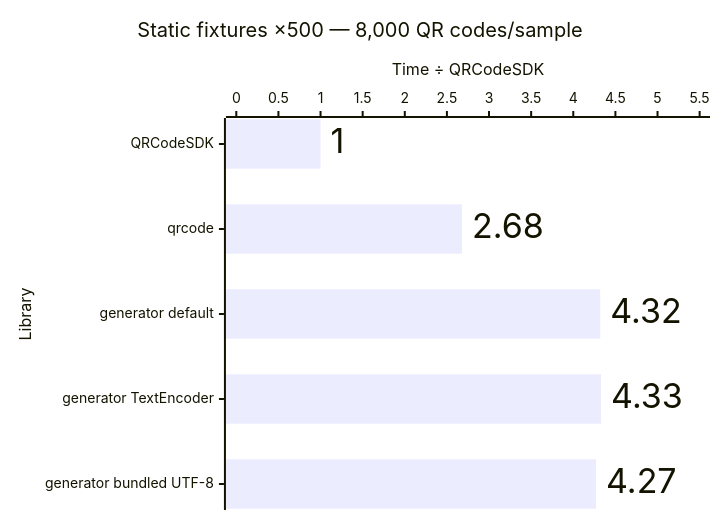
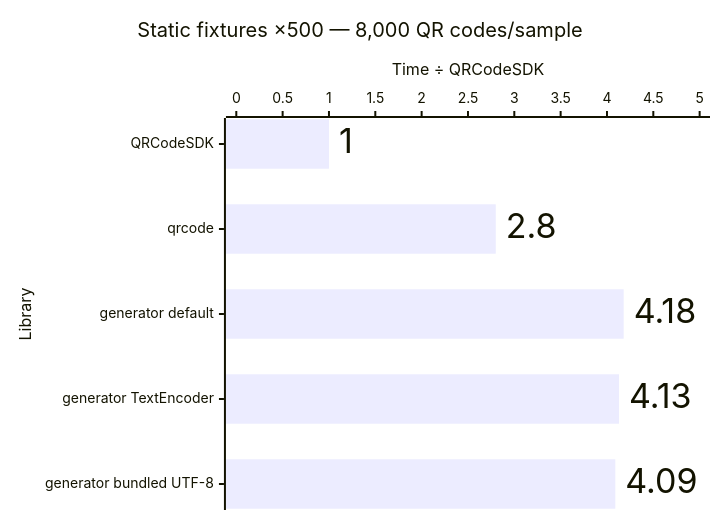
One commit to Dafnik/qrcodesdk changed the fifth of 12 diagrams in apps/docs/src/content/docs/advanced/performance.md. Above: the diagram before and after it, drawn with Mermaid. The commit also changed other lines of this file and 5 other files, not shown here.

````diff
--- a/apps/docs/src/content/docs/advanced/performance.md
+++ b/apps/docs/src/content/docs/advanced/performance.md
@@ -89,15 +89,15 @@
 ```mermaid
 ---
 config:
   xyChart:
     showDataLabel: true
     showDataLabelOutsideBar: true
 ---
 xychart horizontal
   accTitle: Matrix generation: Static fixtures ×500 — 8,000 QR codes/sample
-  accDescr: Relative median time compared with QRCodeSDK. QRCodeSDK 1.00 times, qrcode 2.68 times, generator default 4.32 times, generator TextEncoder 4.33 times, generator bundled UTF-8 4.27 times. Lower is better.
+  accDescr: Relative median time compared with QRCodeSDK. QRCodeSDK 1.00 times, qrcode 2.80 times, generator default 4.18 times, generator TextEncoder 4.13 times, generator bundled UTF-8 4.09 times. Lower is better.
   title "Static fixtures ×500 — 8,000 QR codes/sample"
   x-axis "Library" ["QRCodeSDK", "qrcode", "generator default", "generator TextEncoder", "generator bundled UTF-8"]
-  y-axis "Time ÷ QRCodeSDK" 0 --> 5.5
-  bar [1.00, 2.68, 4.32, 4.33, 4.27]
+  y-axis "Time ÷ QRCodeSDK" 0 --> 5.0
+  bar [1.00, 2.80, 4.18, 4.13, 4.09]
 ```
````
